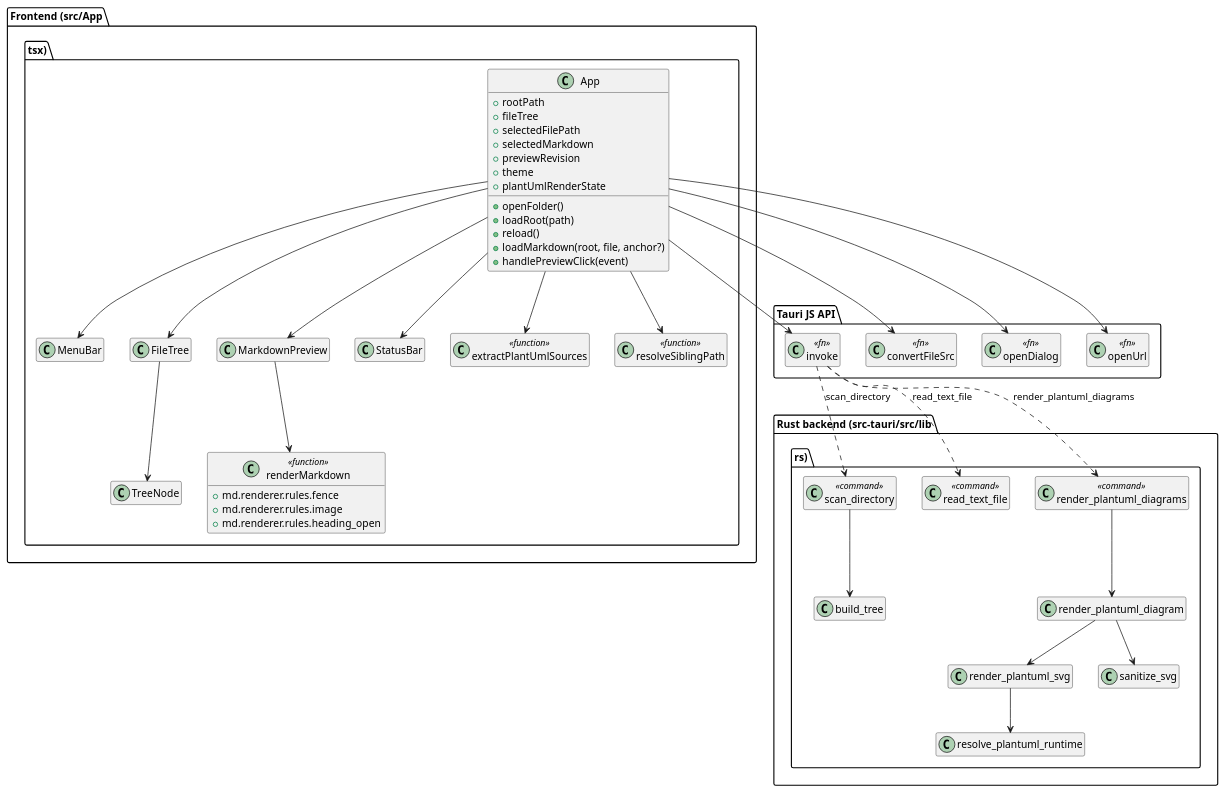
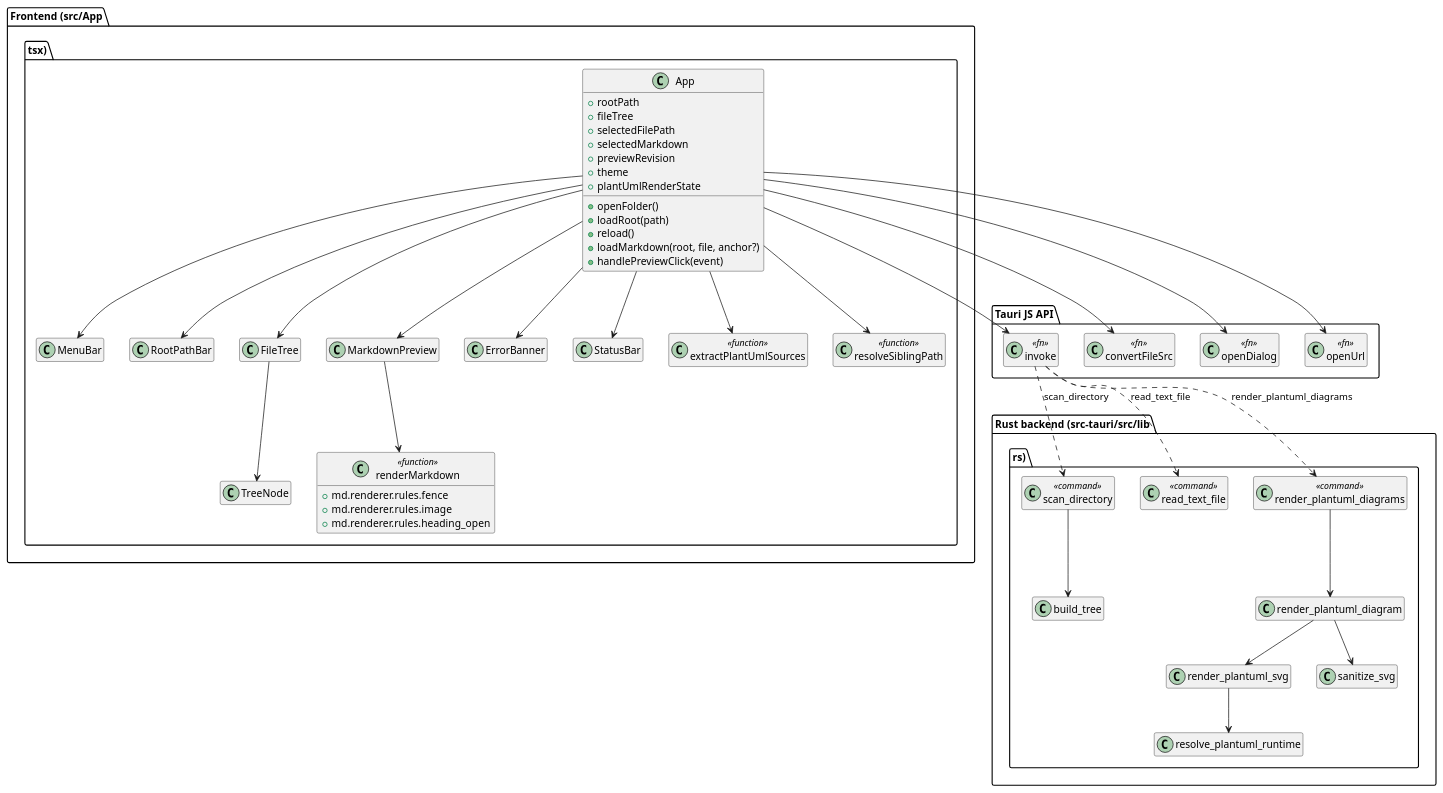
The first of 5 diagrams in docs/components/tauri_viewer/detail_design.md (an-embedded-engineer/MarkdownViewer), drawn with PlantUML before and after one commit. The commit also changed other lines of this file and 10 other files, not shown here.

Commit message:
fix: improve Tauri root and error status layout

````diff
--- a/docs/components/tauri_viewer/detail_design.md
+++ b/docs/components/tauri_viewer/detail_design.md
@@ -25,74 +25,78 @@
 ```plantuml
 @startuml
 skinparam shadowing false
 hide empty members
 
 package "Frontend (src/App.tsx)" {
   class App {
     +rootPath
     +fileTree
     +selectedFilePath
     +selectedMarkdown
     +previewRevision
     +theme
     +plantUmlRenderState
     +openFolder()
     +loadRoot(path)
     +reload()
     +loadMarkdown(root, file, anchor?)
     +handlePreviewClick(event)
   }
   class MenuBar
+  class RootPathBar
   class FileTree
   class TreeNode
   class MarkdownPreview
+  class ErrorBanner
   class StatusBar
   class renderMarkdown <<function>> {
     +md.renderer.rules.fence
     +md.renderer.rules.image
     +md.renderer.rules.heading_open
   }
   class extractPlantUmlSources <<function>>
   class resolveSiblingPath <<function>>
 }
 
 package "Tauri JS API" {
   class invoke <<fn>>
   class convertFileSrc <<fn>>
   class openDialog <<fn>>
   class openUrl <<fn>>
 }
 
 package "Rust backend (src-tauri/src/lib.rs)" {
   class "scan_directory" as Scan <<command>>
   class "read_text_file" as Read <<command>>
   class "render_plantuml_diagrams" as Render <<command>>
   class build_tree
   class render_plantuml_diagram
   class render_plantuml_svg
   class resolve_plantuml_runtime
   class sanitize_svg
 }
 
 App --> MenuBar
+App --> RootPathBar
 App --> FileTree
 FileTree --> TreeNode
 App --> MarkdownPreview
+App --> ErrorBanner
 App --> StatusBar
 MarkdownPreview --> renderMarkdown
 App --> extractPlantUmlSources
 App --> resolveSiblingPath
 App --> invoke
 App --> convertFileSrc
 App --> openDialog
 App --> openUrl
 invoke ..> Scan : "scan_directory"
 invoke ..> Read : "read_text_file"
 invoke ..> Render : "render_plantuml_diagrams"
 Scan --> build_tree
 Render --> render_plantuml_diagram
 render_plantuml_diagram --> render_plantuml_svg
 render_plantuml_svg --> resolve_plantuml_runtime
 render_plantuml_diagram --> sanitize_svg
 @enduml
 ```
````
